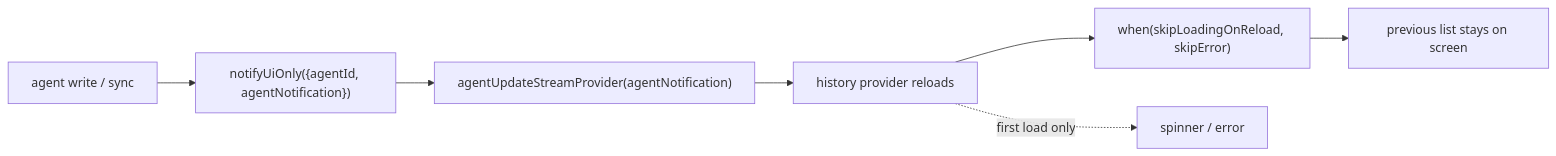
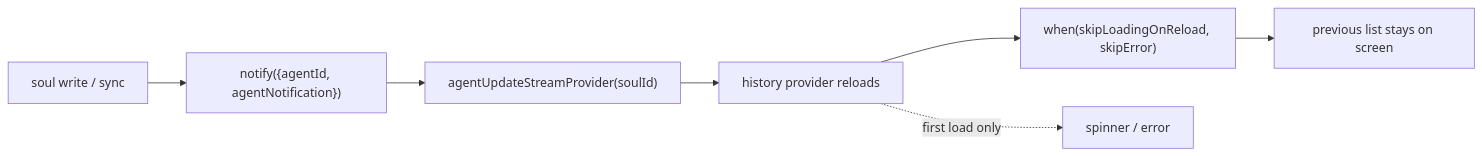
Diagram 26 of 27 in lib/features/agents/README.md (matthiasn/lotti), drawn with Mermaid before and after one commit. The commit also changed other lines of this file and 8 other files, not shown here.

First line of the commit message:
fix: scope the agent-history change back to the render guards

````diff
--- a/lib/features/agents/README.md
+++ b/lib/features/agents/README.md
@@ -2253,9 +2262,9 @@
 ```mermaid
 flowchart LR
-  Write[agent write / sync] --> Notify["notifyUiOnly({agentId, agentNotification})"]
-  Notify --> Topic["agentUpdateStreamProvider(agentNotification)"]
-  Topic --> Reload[history provider reloads]
+  Write[soul write / sync] --> Notify["notify({agentId, agentNotification})"]
+  Notify --> Scoped["agentUpdateStreamProvider(soulId)"]
+  Scoped --> Reload[history provider reloads]
   Reload --> Keep["when(skipLoadingOnReload, skipError)"]
   Keep --> Paint[previous list stays on screen]
   Reload -. first load only .-> Shell[spinner / error]
 ```
````
